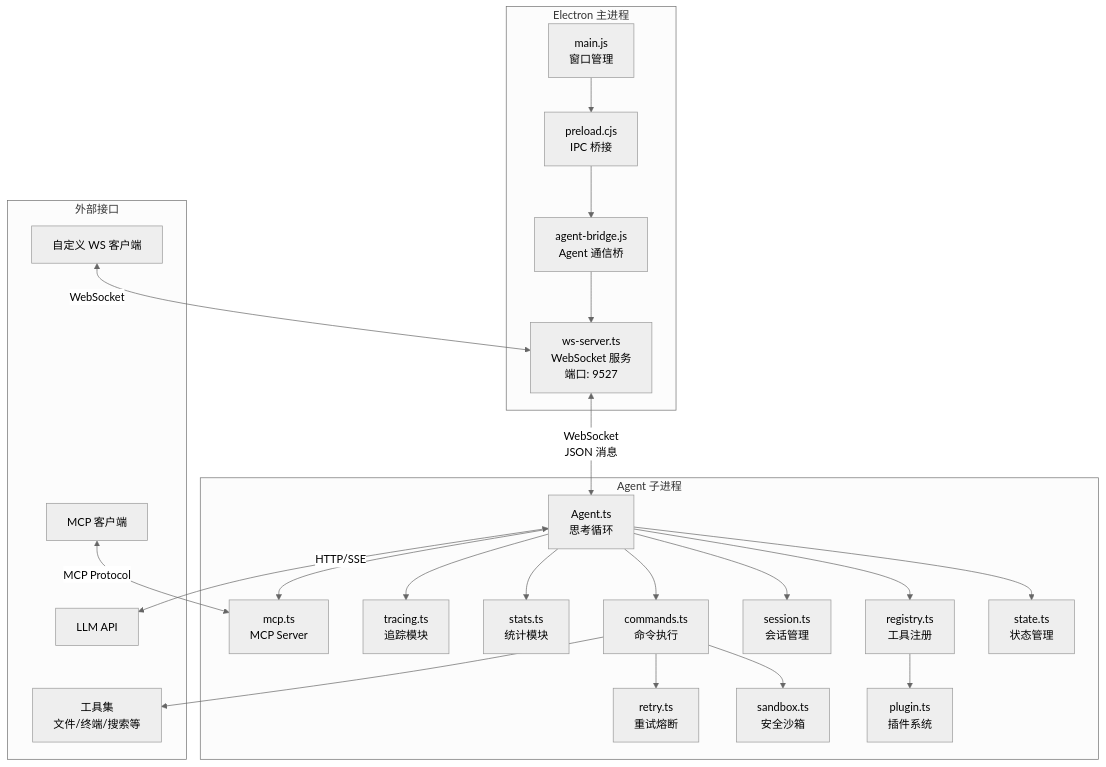
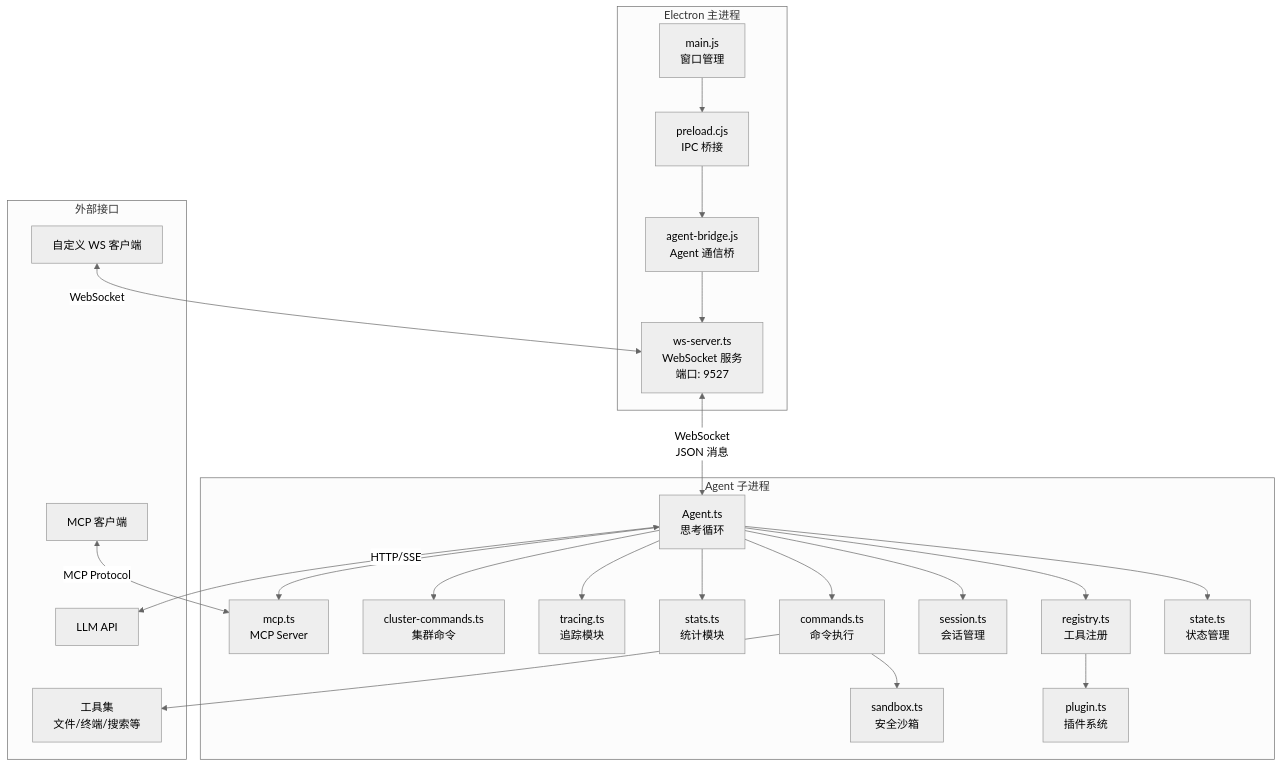
One commit to 1486853830/CogitoAgent changed the first of 7 diagrams in introduction/architecture.md. Above: the diagram before and after it, drawn with Mermaid (neutral theme). The commit also changed other lines of this file and 9 other files, not shown here.

````diff
--- a/introduction/architecture.md
+++ b/introduction/architecture.md
@@ -28,52 +28,52 @@
 ```mermaid
 flowchart TB
     subgraph Electron["Electron 主进程"]
         Main["main.js<br/>窗口管理"]
         Preload["preload.cjs<br/>IPC 桥接"]
         Bridge["agent-bridge.js<br/>Agent 通信桥"]
         WSServer["ws-server.ts<br/>WebSocket 服务<br/>端口: 9527"]
     end
 
     subgraph Subprocess["Agent 子进程"]
         Agent["Agent.ts<br/>思考循环"]
         State["state.ts<br/>状态管理"]
         Registry["registry.ts<br/>工具注册"]
         Session["session.ts<br/>会话管理"]
         Commands["commands.ts<br/>命令执行"]
         Sandbox["sandbox.ts<br/>安全沙箱"]
         Stats["stats.ts<br/>统计模块"]
         Tracing["tracing.ts<br/>追踪模块"]
-        Retry["retry.ts<br/>重试熔断"]
+        Cluster["cluster-commands.ts<br/>集群命令"]
         MCP["mcp.ts<br/>MCP Server"]
         Plugin["plugin.ts<br/>插件系统"]
     end
 
     subgraph External["外部接口"]
         LLM["LLM API"]
         Tools["工具集<br/>文件/终端/搜索等"]
         WSClient["自定义 WS 客户端"]
         MCPClient["MCP 客户端"]
     end
 
     Main --> Preload
     Preload --> Bridge
     Bridge --> WSServer
 
     Agent --> State
     Agent --> Registry
     Agent --> Session
     Agent --> Commands
     Agent --> Stats
     Agent --> Tracing
     Commands --> Sandbox
-    Commands --> Retry
+    Agent --> Cluster
     Registry --> Plugin
     Agent --> MCP
 
     WSServer <-->|"WebSocket<br/>JSON 消息"| Agent
 
     Agent <-->|"HTTP/SSE"| LLM
     Commands --> Tools
     WSClient <-->|"WebSocket"| WSServer
     MCPClient <-->|"MCP Protocol"| MCP
 ```
````
